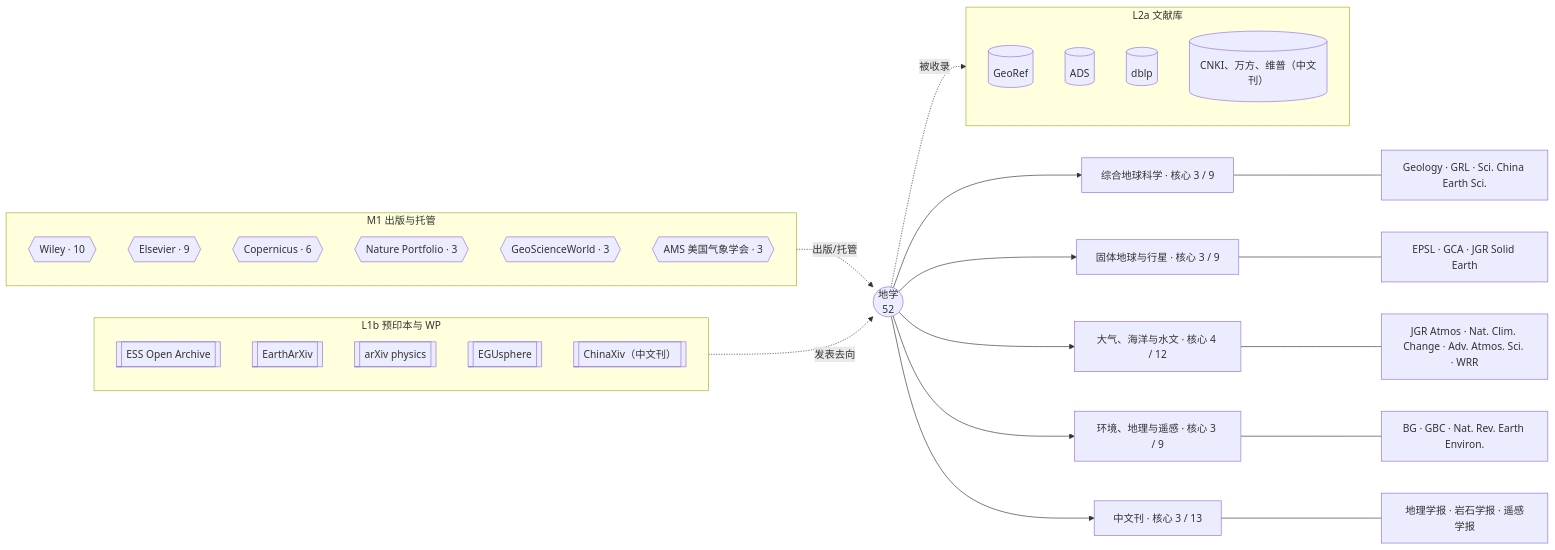
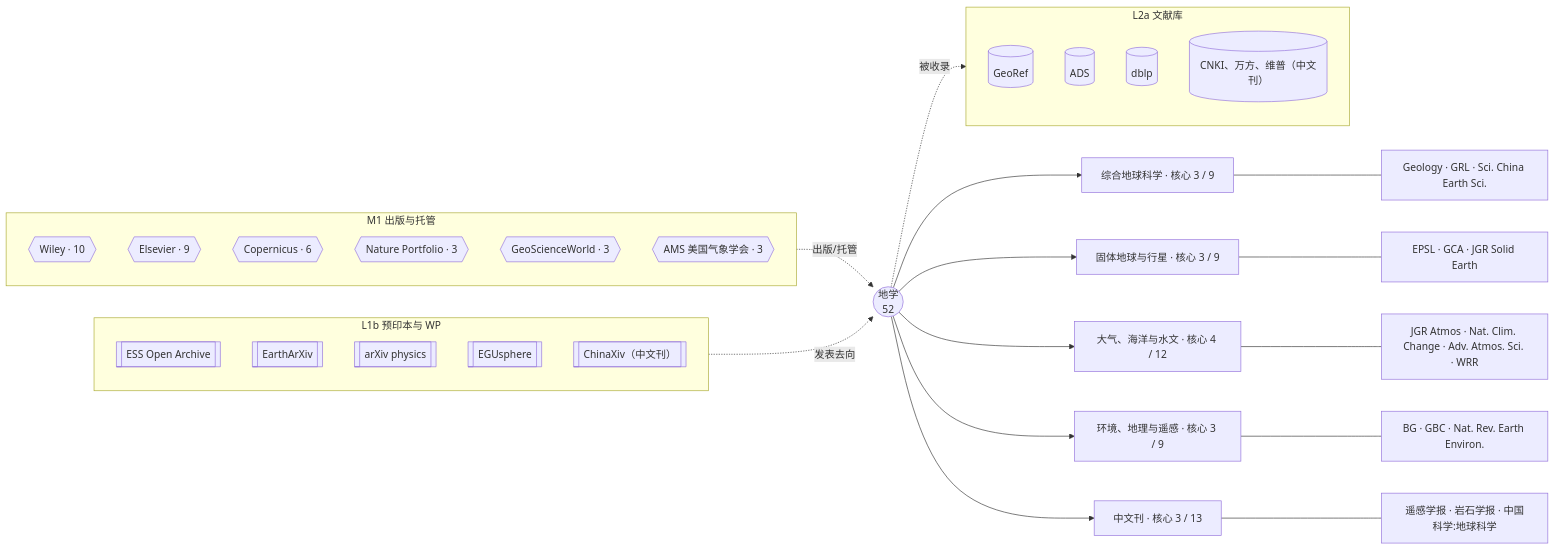
The diagram in docs/catalog/venues/earth-sciences.md (yhyfhgs/Confluo), drawn with Mermaid before and after one commit. The commit also changed other lines of this file and 2 other files, not shown here.

Commit message:
docs(catalog): gate Chinese core on channels and protect hard inclusions
《地理学报》通道待勘察（Crossref 404），按中文刊规则改列登记，由评级分
次高且有 Crossref 通道的《中国科学:地球科学》补入核心，计数不变；规则
写明待勘察的中文刊不参与评选。降级规则改为硬性入选的 venue 不自动降级，
须先显式修改其标签或来源优先级并写明理由。支持名录 Excel 同步重新生成。

````diff
--- a/docs/catalog/venues/earth-sciences.md
+++ b/docs/catalog/venues/earth-sciences.md
@@ -14,38 +14,38 @@
 ```mermaid
 flowchart LR
   D(("地学<br/>52"))
   D --> S0["综合地球科学 · 核心 3 / 9"]
   S0 --- V0["Geology · GRL · Sci. China Earth Sci."]
   D --> S1["固体地球与行星 · 核心 3 / 9"]
   S1 --- V1["EPSL · GCA · JGR Solid Earth"]
   D --> S2["大气、海洋与水文 · 核心 4 / 12"]
   S2 --- V2["JGR Atmos · Nat. Clim. Change · Adv. Atmos. Sci. · WRR"]
   D --> S3["环境、地理与遥感 · 核心 3 / 9"]
   S3 --- V3["BG · GBC · Nat. Rev. Earth Environ."]
   D --> SCN["中文刊 · 核心 3 / 13"]
-  SCN --- VCN["地理学报 · 岩石学报 · 遥感学报"]
+  SCN --- VCN["遥感学报 · 岩石学报 · 中国科学:地球科学"]
   subgraph M1["M1 出版与托管"]
     P0{{"Wiley · 10"}}
     P1{{"Elsevier · 9"}}
     P2{{"Copernicus · 6"}}
     P3{{"Nature Portfolio · 3"}}
     P4{{"GeoScienceWorld · 3"}}
     P5{{"AMS 美国气象学会 · 3"}}
   end
   M1 -. 出版/托管 .-> D
   subgraph L2A["L2a 文献库"]
     A0[("GeoRef")]
     A1[("ADS")]
     A2[("dblp")]
     A3[("CNKI、万方、维普（中文刊）")]
   end
   D -. 被收录 .-> L2A
   subgraph L1B["L1b 预印本与 WP"]
     B0[["ESS Open Archive"]]
     B1[["EarthArXiv"]]
     B2[["arXiv physics"]]
     B3[["EGUsphere"]]
     B4[["ChinaXiv（中文刊）"]]
   end
   L1B -. 发表去向 .-> D
 ```
````
